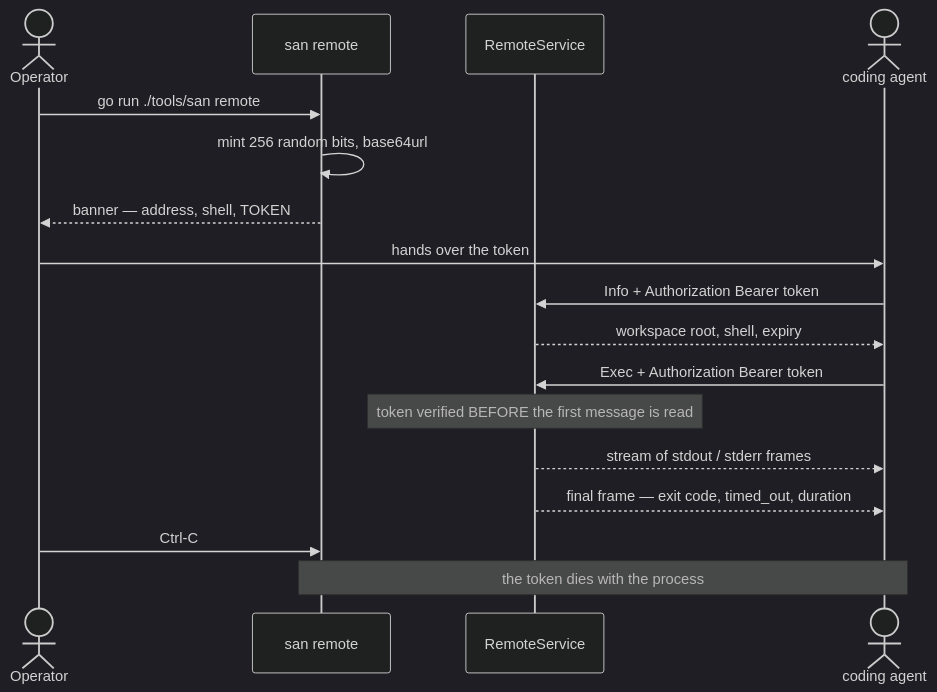
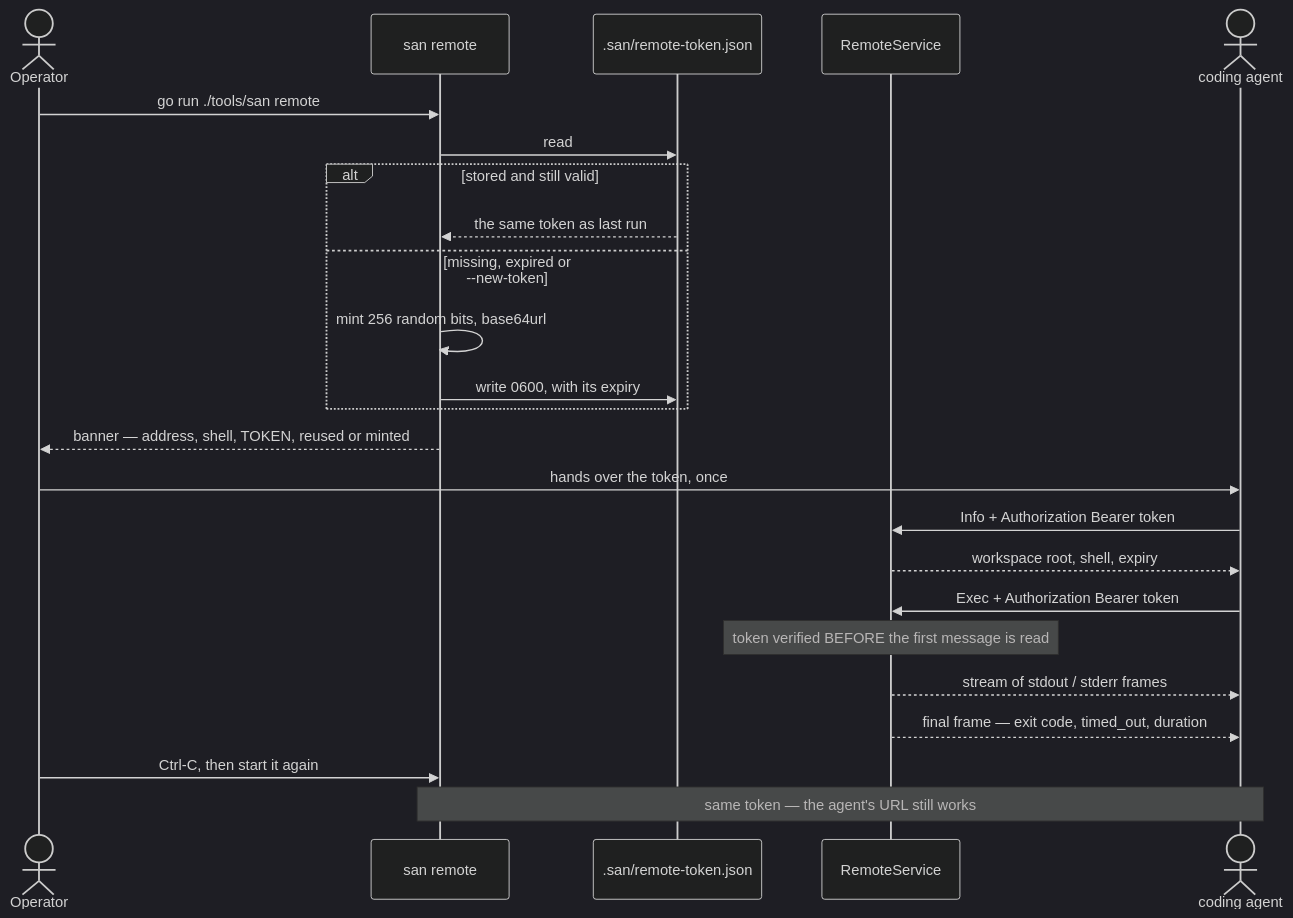
The fourth of 10 diagrams in docs/tools/san.md (pdcgo/warehouse_revamp), drawn with Mermaid (dark theme) before and after one commit. The commit also changed other lines of this file and 170 other files, not shown here.

````diff
--- a/docs/tools/san.md
+++ b/docs/tools/san.md
@@ -212,20 +388,27 @@
 ```mermaid
 sequenceDiagram
     actor Op as Operator
     participant CLI as san remote
+    participant Store as .san/remote-token.json
     participant Svc as RemoteService
     actor Agent as coding agent
 
     Op->>CLI: go run ./tools/san remote
-    CLI->>CLI: mint 256 random bits, base64url
-    CLI-->>Op: banner — address, shell, TOKEN
-    Op->>Agent: hands over the token
+    CLI->>Store: read
+    alt stored and still valid
+        Store-->>CLI: the same token as last run
+    else missing, expired or --new-token
+        CLI->>CLI: mint 256 random bits, base64url
+        CLI->>Store: write 0600, with its expiry
+    end
+    CLI-->>Op: banner — address, shell, TOKEN, reused or minted
+    Op->>Agent: hands over the token, once
     Agent->>Svc: Info + Authorization Bearer token
     Svc-->>Agent: workspace root, shell, expiry
     Agent->>Svc: Exec + Authorization Bearer token
     Note over Svc: token verified BEFORE the first message is read
     Svc-->>Agent: stream of stdout / stderr frames
     Svc-->>Agent: final frame — exit code, timed_out, duration
-    Op->>CLI: Ctrl-C
-    Note over CLI,Agent: the token dies with the process
+    Op->>CLI: Ctrl-C, then start it again
+    Note over CLI,Agent: same token — the agent's URL still works
 ```
````
